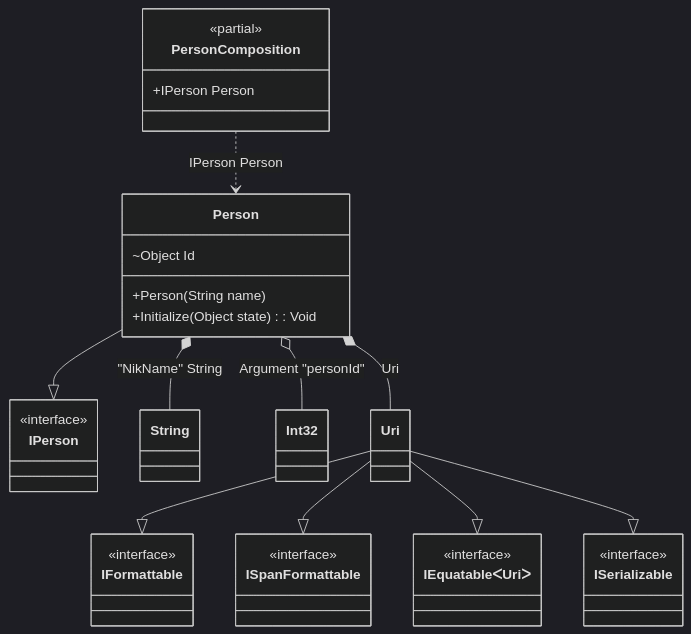
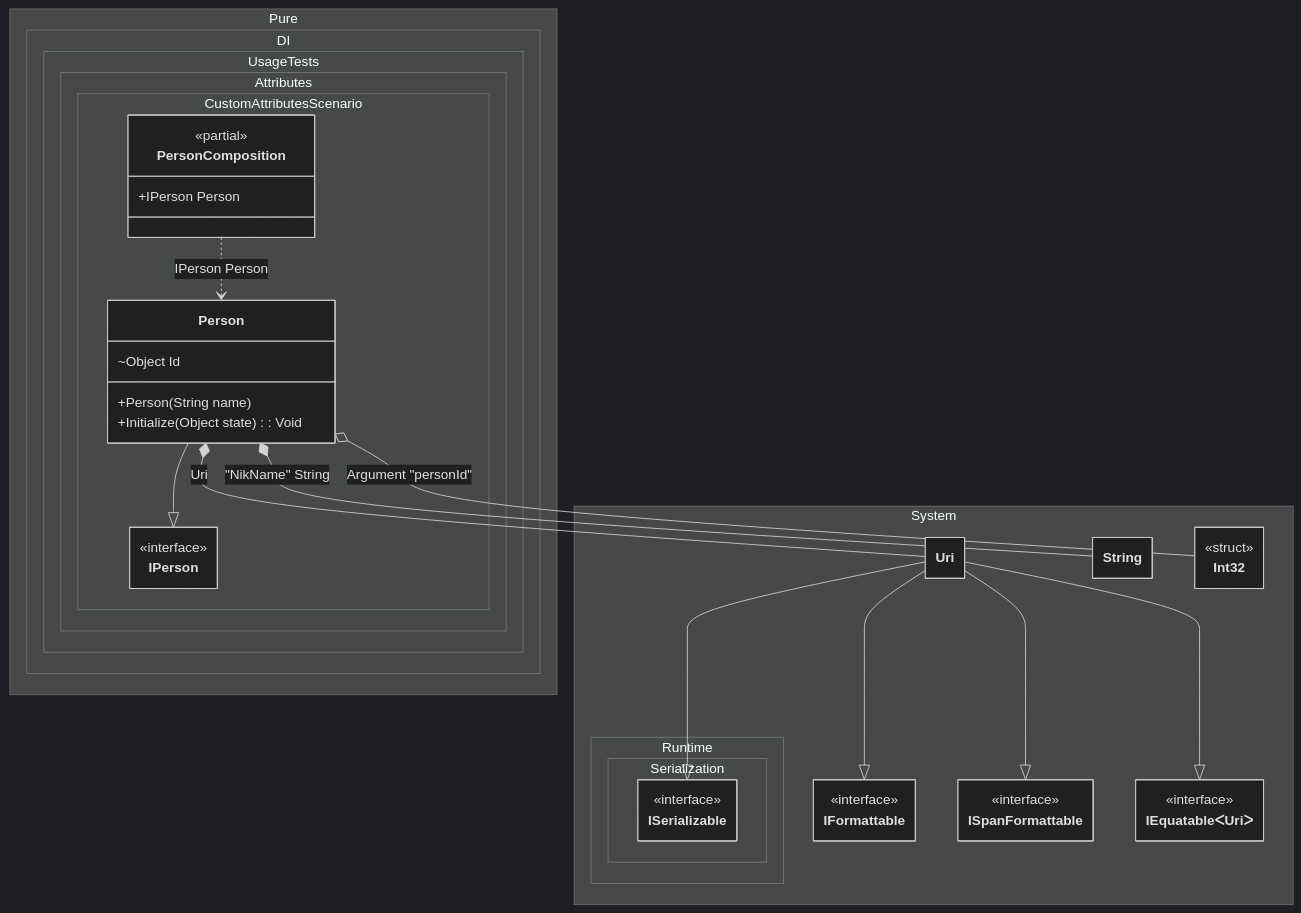
One commit to DevTeam/Pure.DI changed the diagram in readme/custom-attributes.md. Above: the diagram before and after it, drawn with Mermaid (dark theme). The commit also changed 103 other files, not shown here.

Commit message:
Improved class diagrams

````diff
--- a/readme/custom-attributes.md
+++ b/readme/custom-attributes.md
@@ -111,39 +111,54 @@
 ```mermaid
+---
+ config:
+  class:
+   hideEmptyMembersBox: true
+---
 classDiagram
-	class PersonComposition {
-		<<partial>>
-		+IPerson Person
-	}
 	Person --|> IPerson
-	class Person {
-		+Person(String name)
-		~Object Id
-		+Initialize(Object state) : Void
-	}
-	class String
-	class Int32
 	Uri --|> IFormattable
 	Uri --|> ISpanFormattable
 	Uri --|> IEquatableᐸUriᐳ
 	Uri --|> ISerializable
-	class Uri
-	class IPerson {
-		<<interface>>
-	}
-	class IFormattable {
-		<<interface>>
-	}
-	class ISpanFormattable {
-		<<interface>>
-	}
-	class IEquatableᐸUriᐳ {
-		<<interface>>
-	}
-	class ISerializable {
-		<<interface>>
-	}
 	PersonComposition ..> Person : IPerson Person
 	Person *--  String : "NikName"  String
 	Person o-- Int32 : Argument "personId"
 	Person *--  Uri : Uri
+	namespace Pure.DI.UsageTests.Attributes.CustomAttributesScenario {
+		class IPerson {
+			<<interface>>
+		}
+		class Person {
+			+Person(String name)
+			~Object Id
+			+Initialize(Object state) : Void
+		}
+		class PersonComposition {
+		<<partial>>
+		+IPerson Person
+		}
+	}
+	namespace System {
+		class IEquatableᐸUriᐳ {
+			<<interface>>
+		}
+		class IFormattable {
+			<<interface>>
+		}
+		class Int32 {
+				<<struct>>
+		}
+		class ISpanFormattable {
+			<<interface>>
+		}
+		class String {
+		}
+		class Uri {
+		}
+	}
+	namespace System.Runtime.Serialization {
+		class ISerializable {
+			<<interface>>
+		}
+	}
 ```
````
